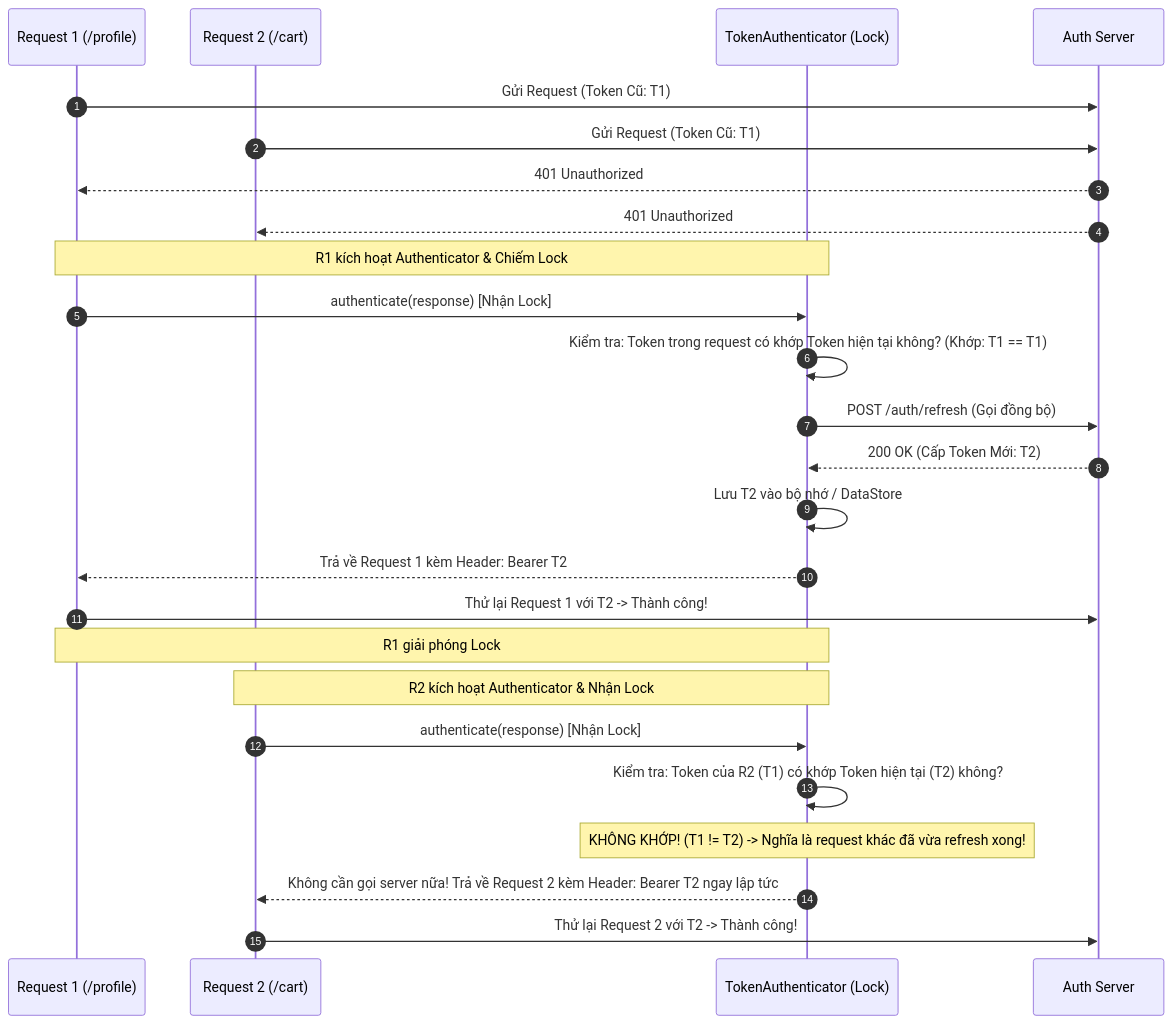
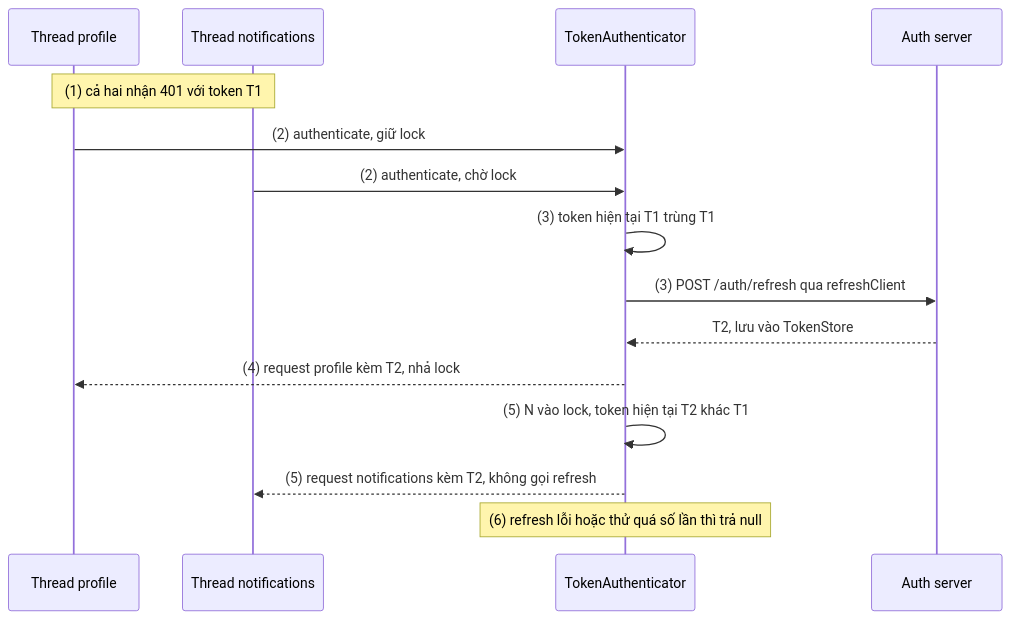
Before and after one commit to h1eu/knowledge: the fifth of 7 diagrams in knowledge/android/docs/session_08/networks/okhttp.md, drawn with Mermaid. The commit also changed other lines of this file and 43 other files, not shown here.

````diff
--- a/knowledge/android/docs/session_08/networks/okhttp.md
+++ b/knowledge/android/docs/session_08/networks/okhttp.md
@@ -199,30 +343,17 @@
 ```mermaid
 sequenceDiagram
-    autonumber
-    participant R1 as Request 1 (/profile)
-    participant R2 as Request 2 (/cart)
-    participant Auth as TokenAuthenticator (Lock)
-    participant Server as Auth Server
-
-    R1->>Server: Gửi Request (Token Cũ: T1)
-    R2->>Server: Gửi Request (Token Cũ: T1)
-    Server-->>R1: 401 Unauthorized
-    Server-->>R2: 401 Unauthorized
-
-    Note over R1,Auth: R1 kích hoạt Authenticator & Chiếm Lock
-    R1->>Auth: authenticate(response) [Nhận Lock]
-    Auth->>Auth: Kiểm tra: Token trong request có khớp Token hiện tại không? (Khớp: T1 == T1)
-    Auth->>Server: POST /auth/refresh (Gọi đồng bộ)
-    Server-->>Auth: 200 OK (Cấp Token Mới: T2)
-    Auth->>Auth: Lưu T2 vào bộ nhớ / DataStore
-    Auth-->>R1: Trả về Request 1 kèm Header: Bearer T2
-    R1->>Server: Thử lại Request 1 với T2 -> Thành công!
-    Note over R1,Auth: R1 giải phóng Lock
-
-    Note over R2,Auth: R2 kích hoạt Authenticator & Nhận Lock
-    R2->>Auth: authenticate(response) [Nhận Lock]
-    Auth->>Auth: Kiểm tra: Token của R2 (T1) có khớp Token hiện tại (T2) không?
-    Note over Auth: KHÔNG KHỚP! (T1 != T2) -> Nghĩa là request khác đã vừa refresh xong!
-    Auth-->>R2: Không cần gọi server nữa! Trả về Request 2 kèm Header: Bearer T2 ngay lập tức
-    R2->>Server: Thử lại Request 2 với T2 -> Thành công!
+    participant P as Thread profile
+    participant N as Thread notifications
+    participant A as TokenAuthenticator
+    participant S as Auth server
+    Note over P,N: (1) cả hai nhận 401 với token T1
+    P->>A: (2) authenticate, giữ lock
+    N->>A: (2) authenticate, chờ lock
+    A->>A: (3) token hiện tại T1 trùng T1
+    A->>S: (3) POST /auth/refresh qua refreshClient
+    S-->>A: T2, lưu vào TokenStore
+    A-->>P: (4) request profile kèm T2, nhả lock
+    A->>A: (5) N vào lock, token hiện tại T2 khác T1
+    A-->>N: (5) request notifications kèm T2, không gọi refresh
+    Note over A: (6) refresh lỗi hoặc thử quá số lần thì trả null
 ```
````
